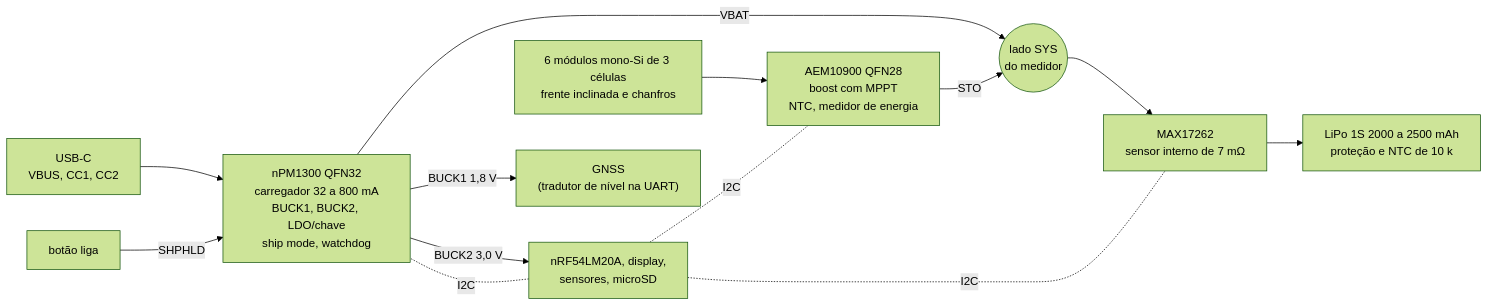
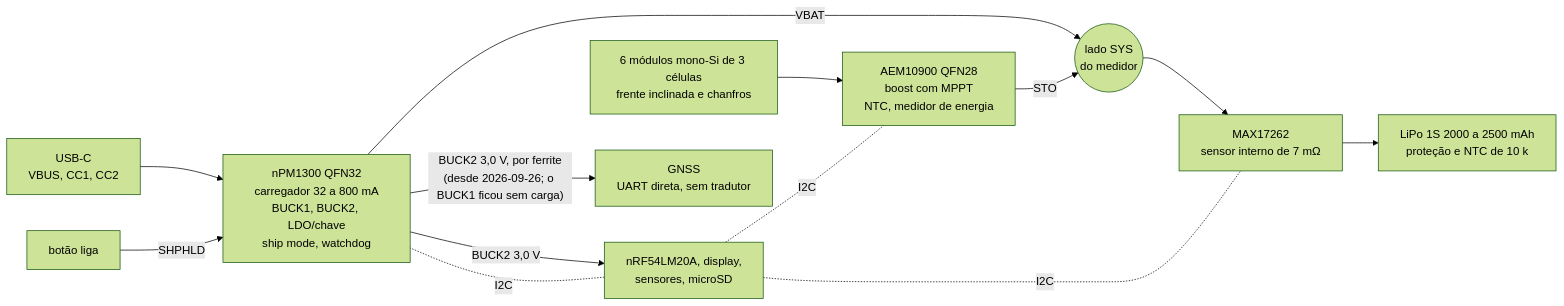
One commit to Guiimartinho/gnss-bike-computer changed the second of 3 diagrams in docs/13-placa-nova.md. Above: the diagram before and after it, drawn with Mermaid (forest theme). The commit also changed other lines of this file and 27 other files, not shown here.

````diff
--- a/docs/13-placa-nova.md
+++ b/docs/13-placa-nova.md
@@ -288,15 +288,15 @@
 ```mermaid
 flowchart LR
     USB["USB-C<br/>VBUS, CC1, CC2"] --> NPM["nPM1300 QFN32<br/>carregador 32 a 800 mA<br/>BUCK1, BUCK2, LDO/chave<br/>ship mode, watchdog"]
     BTN["botão liga"] -->|SHPHLD| NPM
     PV["6 módulos mono-Si de 3 células<br/>frente inclinada e chanfros"] --> AEM["AEM10900 QFN28<br/>boost com MPPT<br/>NTC, medidor de energia"]
     NPM -->|VBAT| NODE(("lado SYS<br/>do medidor"))
     AEM -->|STO| NODE
     NODE --> FG["MAX17262<br/>sensor interno de 7 mΩ"]
     FG --> CELL["LiPo 1S 2000 a 2500 mAh<br/>proteção e NTC de 10 k"]
     NPM -->|"BUCK2 3,0 V"| MCU["nRF54LM20A, display,<br/>sensores, microSD"]
-    NPM -->|"BUCK1 1,8 V"| GNSSR["GNSS<br/>(tradutor de nível na UART)"]
+    NPM -->|"BUCK2 3,0 V, por ferrite<br/>(desde 2026-09-26; o BUCK1 ficou sem carga)"| GNSSR["GNSS<br/>UART direta, sem tradutor"]
     MCU -.-|I2C| NPM
     MCU -.-|I2C| AEM
     MCU -.-|I2C| FG
 ```
````
